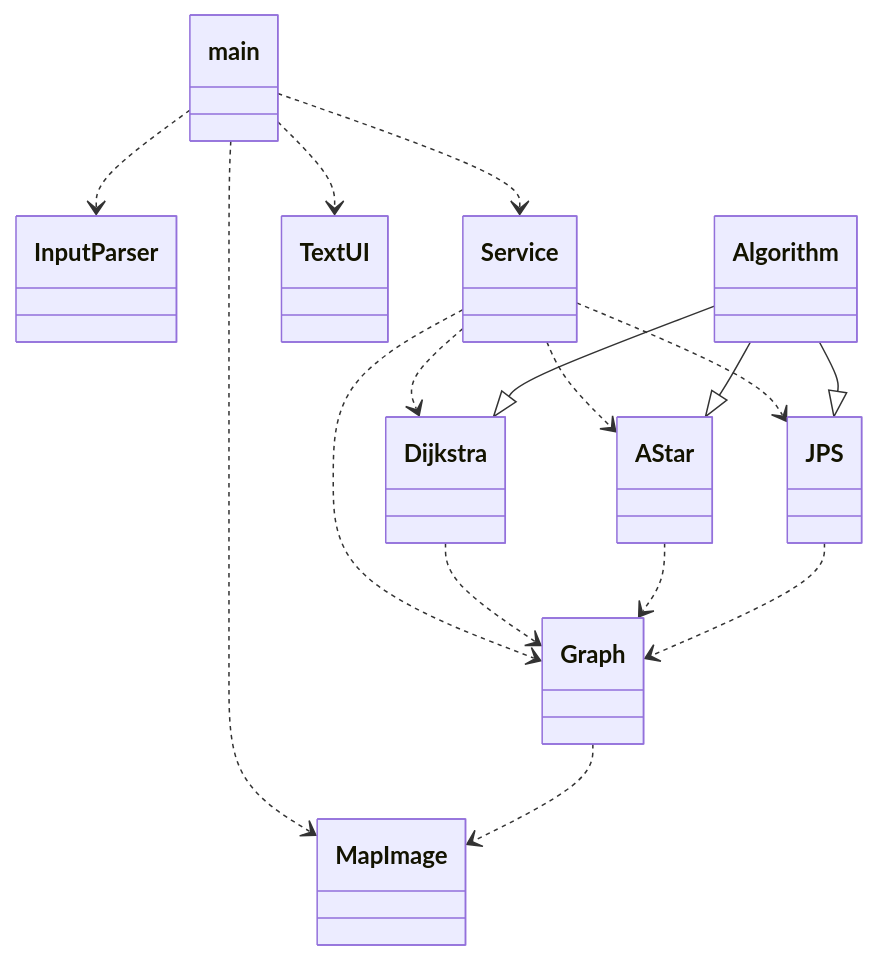
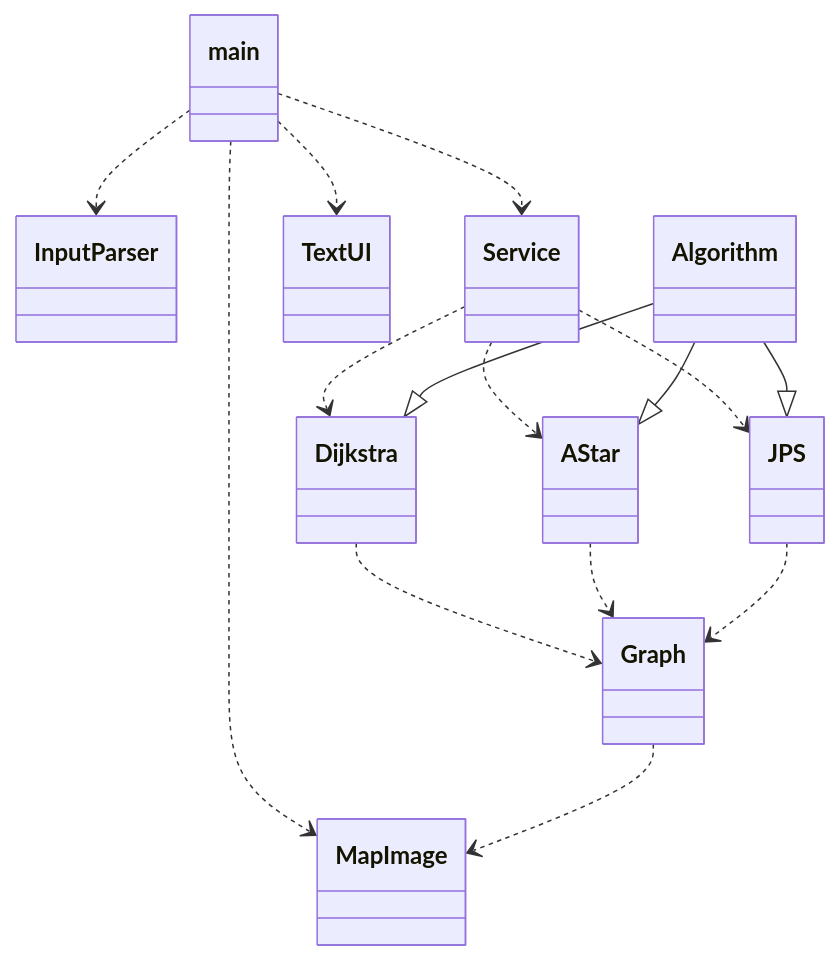
One commit to antonlep/shortest-path changed the diagram in documentation/implementation.md. Above: the diagram before and after it, drawn with Mermaid.

````diff
--- a/documentation/implementation.md
+++ b/documentation/implementation.md
@@ -3,34 +3,33 @@
 ```mermaid
  classDiagram
       main ..> InputParser
       main ..> Service
       main ..> TextUI
       main ..> MapImage
       Service ..> Dijkstra
       Service ..> AStar
       Service ..> JPS
-      Service ..> Graph
       Dijkstra ..> Graph
       AStar ..> Graph
       JPS ..> Graph
       Graph ..> MapImage
       Algorithm --|> Dijkstra
       Algorithm --|> AStar
       Algorithm --|> JPS
       class main{
       }
       class InputParser{
       }
       class Algorithm{
       }
       class MapImage{
       }
       class Graph{
       }
       class Dijkstra{
       }
       class AStar{
       }
       class JPS{
       }
 ```
````
